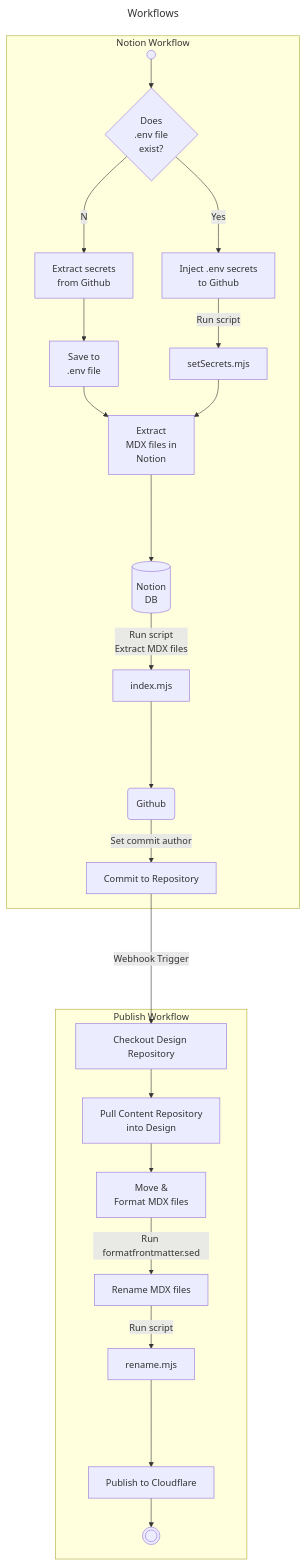
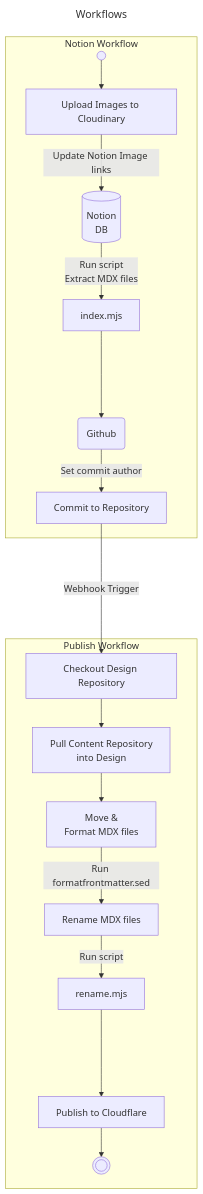
The second of 2 diagrams in README.md (handshou/blog-content), drawn with Mermaid before and after one commit. The commit also changed 2 other files, not shown here.

Commit message:
feat: upload images to cloudinary

````diff
--- a/README.md
+++ b/README.md
@@ -23,37 +23,28 @@
 ```mermaid
 ---
 title: Workflows
 ---
 graph TD
     subgraph Notion Workflow
-    Local{Does\n.env file\nexist?}
     Actions(( ))
-    Actions-->Local
-    Extract[Extract secrets\nfrom Github]
-    SaveToFile[Save to\n.env file]
-    Inject[Inject .env secrets\nto Github]
-    RunScript[setSecrets.mjs]
-    Local--Yes-->Inject--Run script-->RunScript
-    Local--No-->Extract-->SaveToFile
     NotionDB[(Notion\nDB)]
-    ExtractFromNotion[Extract\nMDX files in\n Notion]
-    SaveToFile-->ExtractFromNotion
-    RunScript-->ExtractFromNotion
-    ExtractFromNotion---->NotionDB--Run script\nExtract MDX files-->index.mjs
+    UploadImages[Upload Images to Cloudinary]
+    Actions-->UploadImages
+    UploadImages--Update Notion Image links-->NotionDB--Run script\nExtract MDX files-->index.mjs
     Commit[Commit to Repository]
     Github(Github)
     index.mjs---->Github--Set commit author-->Commit
     end
     Commit--Webhook Trigger---->PD
 
     subgraph Publish Workflow
     PD[Checkout Design Repository]
     PC[Pull Content Repository\ninto Design]
     Format[Move &\nFormat MDX files]
     PD-->PC-->Format--Run formatfrontmatter.sed-->Process--Run script-->rename.mjs
     Process[Rename MDX files]
     Publish[Publish to Cloudflare]
     End((( )))
     rename.mjs---->Publish-->End
     end
 ```
````
